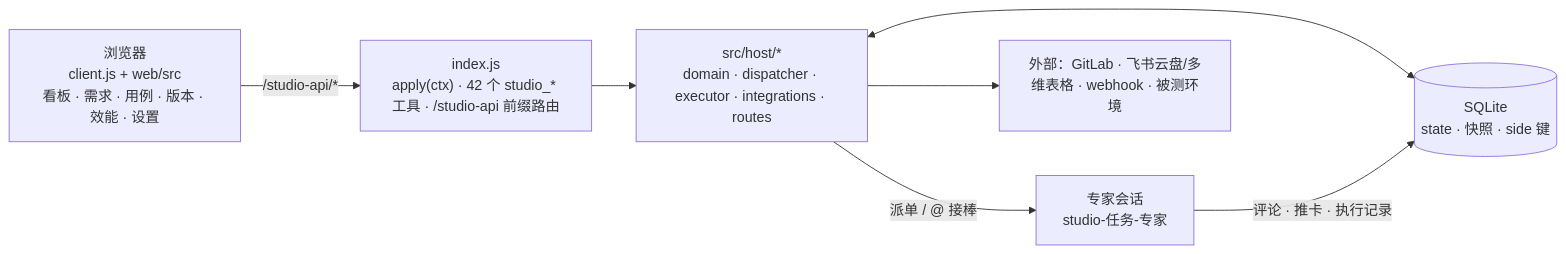
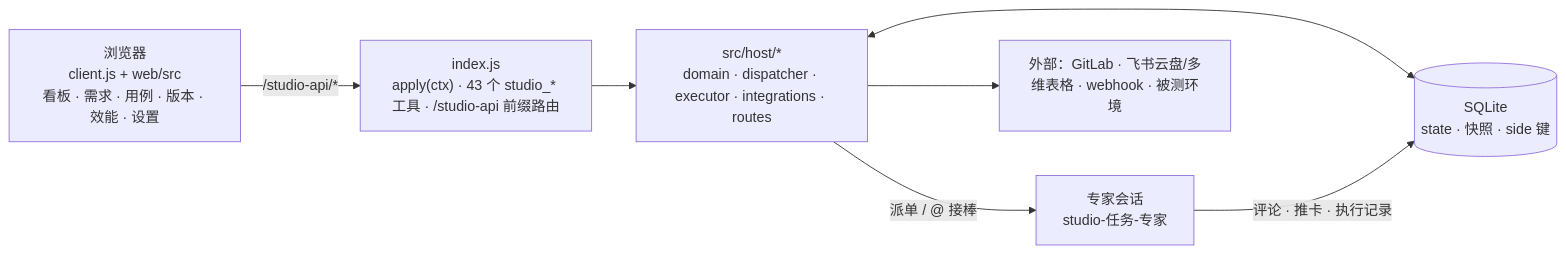
The diagram in README.md (linchuncheng/dsh-studio), drawn with Mermaid before and after one commit. The commit also changed other lines of this file and 18 other files, not shown here.

````diff
--- a/README.md
+++ b/README.md
@@ -46,15 +47,15 @@
 ```mermaid
 flowchart LR
   UI["浏览器<br/>client.js + web/src<br/>看板 · 需求 · 用例 · 版本 · 效能 · 设置"]
-  API["index.js<br/>apply(ctx) · 42 个 studio_* 工具 · /studio-api 前缀路由"]
+  API["index.js<br/>apply(ctx) · 43 个 studio_* 工具 · /studio-api 前缀路由"]
   HOST["src/host/*<br/>domain · dispatcher · executor · integrations · routes"]
   DB[("SQLite<br/>state · 快照 · side 键")]
   AGENT["专家会话<br/>studio-任务-专家"]
   EXT["外部：GitLab · 飞书云盘/多维表格 · webhook · 被测环境"]
   UI -->|"/studio-api/*"| API
   API --> HOST
   HOST <--> DB
   HOST -->|"派单 / @ 接棒"| AGENT
   AGENT -->|"评论 · 推卡 · 执行记录"| DB
   HOST --> EXT
 ```
````
